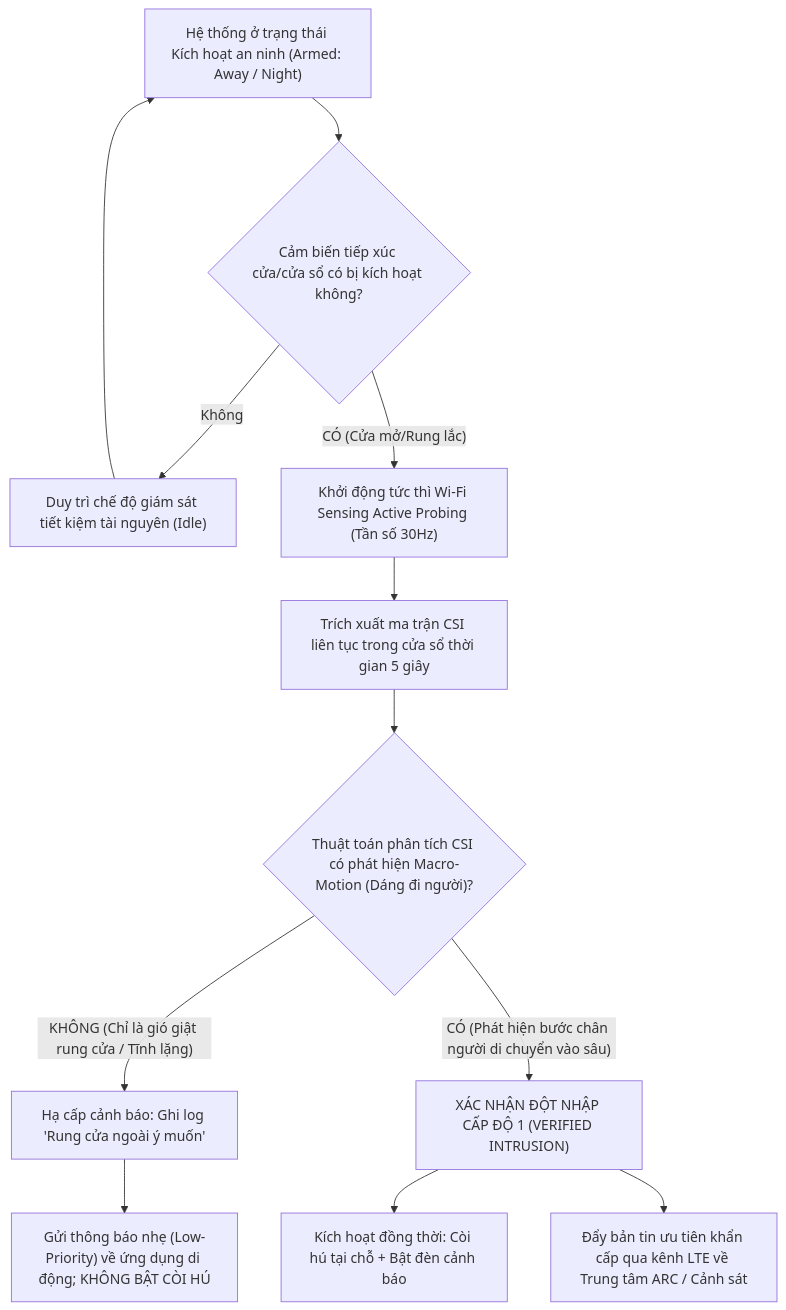
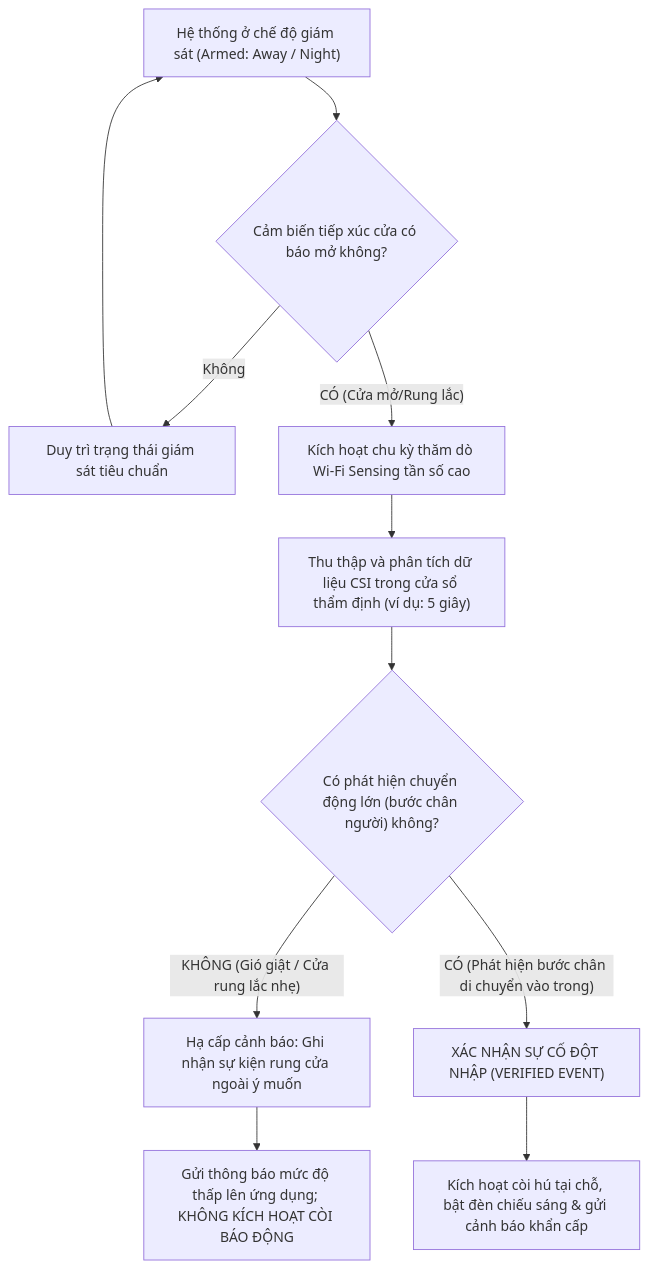
The diagram in docs/Bao_Cao_Nghien_Cuu_Thi_Truong_WiFi_Sensing.md (NNhatAnh/edge_csi_router), drawn with Mermaid before and after one commit. The commit also changed other lines of this file and 2 other files, not shown here.

````diff
--- a/docs/Bao_Cao_Nghien_Cuu_Thi_Truong_WiFi_Sensing.md
+++ b/docs/Bao_Cao_Nghien_Cuu_Thi_Truong_WiFi_Sensing.md
@@ -424,20 +287,19 @@
 ```mermaid
 flowchart TD
-    A["Hệ thống ở trạng thái Kích hoạt an ninh (Armed: Away / Night)"] --> B{"Cảm biến tiếp xúc cửa/cửa sổ có bị kích hoạt không?"}
+    A["Hệ thống ở chế độ giám sát (Armed: Away / Night)"] --> B{"Cảm biến tiếp xúc cửa có báo mở không?"}
     
-    B -- "Không" --> C["Duy trì chế độ giám sát tiết kiệm tài nguyên (Idle)"]
+    B -- "Không" --> C["Duy trì trạng thái giám sát tiêu chuẩn"]
     C --> A
     
-    B -- "CÓ (Cửa mở/Rung lắc)" --> D["Khởi động tức thì Wi-Fi Sensing Active Probing (Tần số 30Hz)"]
+    B -- "CÓ (Cửa mở/Rung lắc)" --> D["Kích hoạt chu kỳ thăm dò Wi-Fi Sensing tần số cao"]
     
-    D --> E["Trích xuất ma trận CSI liên tục trong cửa sổ thời gian 5 giây"]
+    D --> E["Thu thập và phân tích dữ liệu CSI trong cửa sổ thẩm định (ví dụ: 5 giây)"]
     
-    E --> F{"Thuật toán phân tích CSI có phát hiện Macro-Motion (Dáng đi người)?"}
+    E --> F{"Có phát hiện chuyển động lớn (bước chân người) không?"}
     
-    F -- "KHÔNG (Chỉ là gió giật rung cửa / Tĩnh lặng)" --> G["Hạ cấp cảnh báo: Ghi log 'Rung cửa ngoài ý muốn'"]
-    G --> H["Gửi thông báo nhẹ (Low-Priority) về ứng dụng di động; KHÔNG BẬT CÒI HÚ"]
+    F -- "KHÔNG (Gió giật / Cửa rung lắc nhẹ)" --> G["Hạ cấp cảnh báo: Ghi nhận sự kiện rung cửa ngoài ý muốn"]
+    G --> H["Gửi thông báo mức độ thấp lên ứng dụng; KHÔNG KÍCH HOẠT CÒI BÁO ĐỘNG"]
     
-    F -- "CÓ (Phát hiện bước chân người di chuyển vào sâu)" --> I["XÁC NHẬN ĐỘT NHẬP CẤP ĐỘ 1 (VERIFIED INTRUSION)"]
-    I --> J["Kích hoạt đồng thời: Còi hú tại chỗ + Bật đèn cảnh báo"]
-    I --> K["Đẩy bản tin ưu tiên khẩn cấp qua kênh LTE về Trung tâm ARC / Cảnh sát"]
+    F -- "CÓ (Phát hiện bước chân di chuyển vào trong)" --> I["XÁC NHẬN SỰ CỐ ĐỘT NHẬP (VERIFIED EVENT)"]
+    I --> J["Kích hoạt còi hú tại chỗ, bật đèn chiếu sáng & gửi cảnh báo khẩn cấp"]
 ```
````
